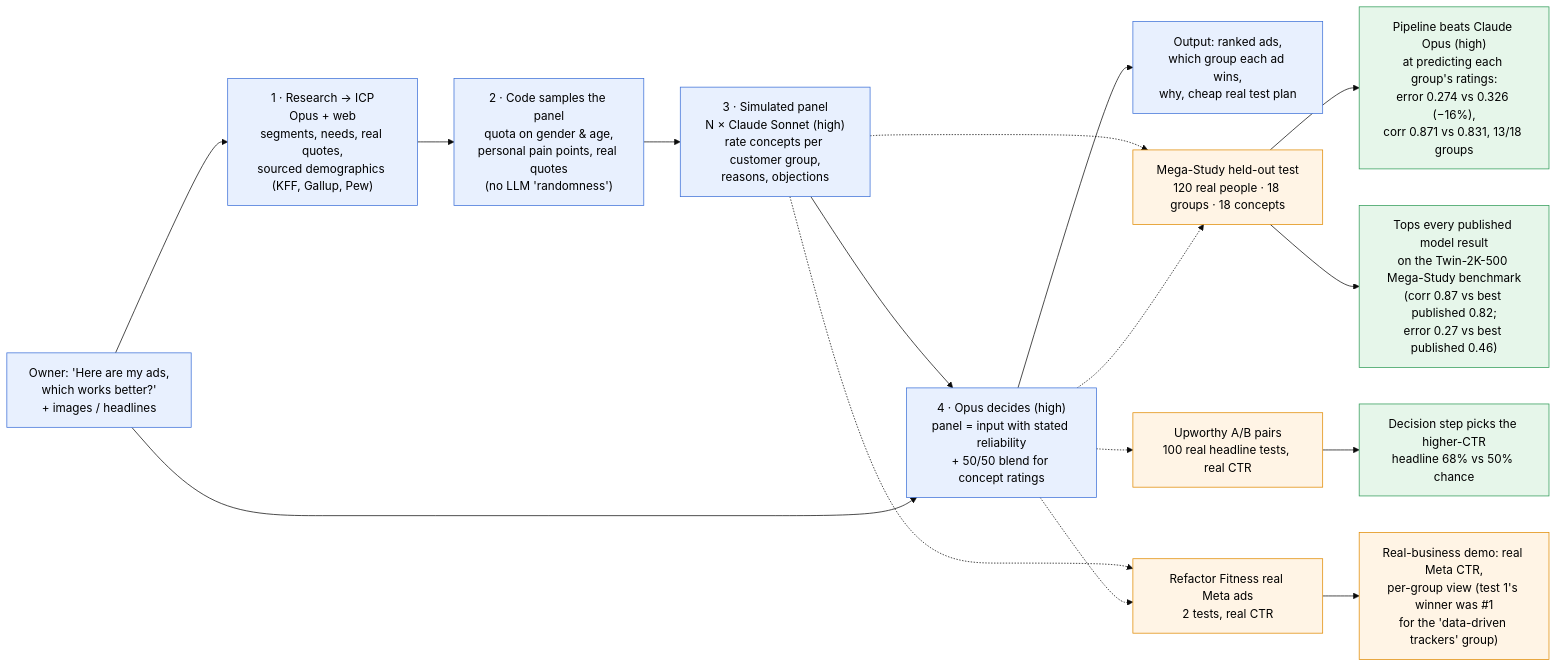
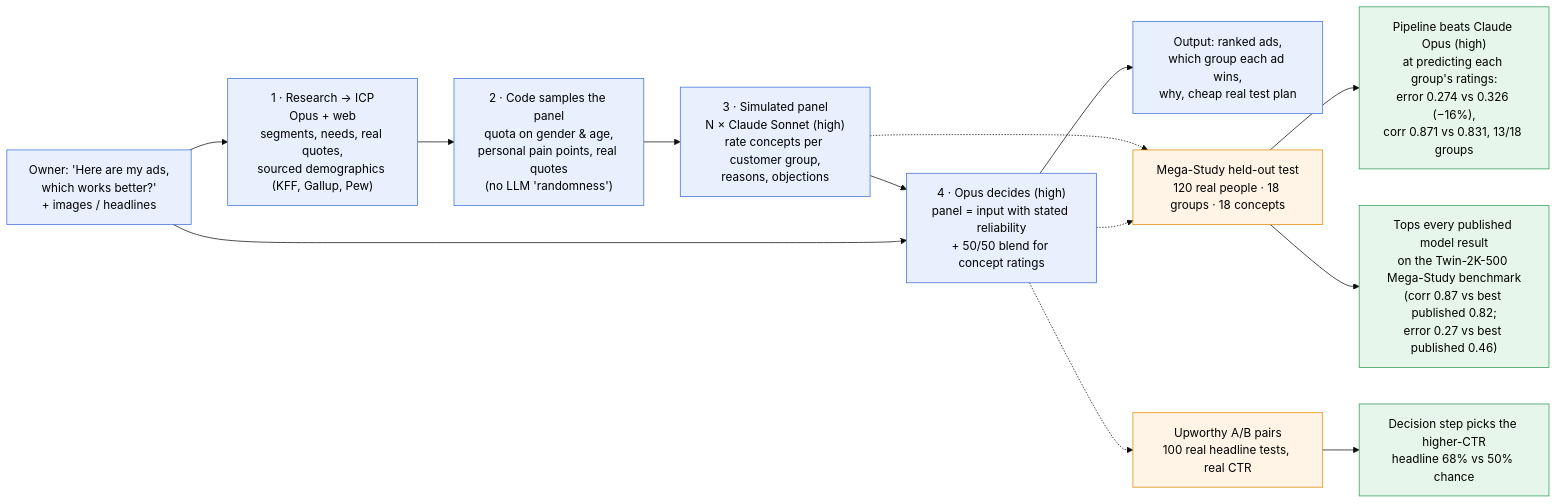
The diagram in evals/benchmarks/OVERVIEW.md (nsbogert/GTMagic), drawn with Mermaid (base theme) before and after one commit. The commit also changed other lines of this file and 1185 other files, not shown here.

````diff
--- a/evals/benchmarks/OVERVIEW.md
+++ b/evals/benchmarks/OVERVIEW.md
@@ -3,33 +3,28 @@
 ```mermaid
 flowchart LR
   classDef stage fill:#e8f0fe,stroke:#3b6fd8,color:#000
   classDef win fill:#e6f6ea,stroke:#2e9b57,color:#000
   classDef bench fill:#fff4e5,stroke:#e08a00,color:#000
 
   IN["Owner: 'Here are my ads,<br/>which works better?'<br/>+ images / headlines"]:::stage
   R["1 · Research → ICP<br/>Opus + web<br/>segments, needs, real quotes,<br/>sourced demographics (KFF, Gallup, Pew)"]:::stage
   S["2 · Code samples the panel<br/>quota on gender & age,<br/>personal pain points, real quotes<br/>(no LLM 'randomness')"]:::stage
   P["3 · Simulated panel<br/>N × Claude Sonnet (high)<br/>rate concepts per customer group,<br/>reasons, objections"]:::stage
   D["4 · Opus decides (high)<br/>panel = input with stated reliability<br/>+ 50/50 blend for concept ratings"]:::stage
   O["Output: ranked ads,<br/>which group each ad wins,<br/>why, cheap real test plan"]:::stage
   IN --> R --> S --> P --> D --> O
   IN --> D
 
   B1["Mega-Study held-out test<br/>120 real people · 18 groups · 18 concepts"]:::bench
   B2["Upworthy A/B pairs<br/>100 real headline tests, real CTR"]:::bench
-  B3["Refactor Fitness real Meta ads<br/>2 tests, real CTR"]:::bench
   P -.-> B1
   D -.-> B1
   D -.-> B2
-  P -.-> B3
-  D -.-> B3
 
   W1["Pipeline beats Claude Opus (high)<br/>at predicting each group's ratings:<br/>error 0.274 vs 0.326 (−16%),<br/>corr 0.871 vs 0.831, 13/18 groups"]:::win
   W2["Tops every published model result<br/>on the Twin-2K-500 Mega-Study benchmark<br/>(corr 0.87 vs best published 0.82;<br/>error 0.27 vs best published 0.46)"]:::win
   W3["Decision step picks the higher-CTR<br/>headline 68% vs 50% chance"]:::win
-  W4["Real-business demo: real Meta CTR,<br/>per-group view (test 1's winner was #1<br/>for the 'data-driven trackers' group)"]:::bench
   B1 --> W1
   B1 --> W2
   B2 --> W3
-  B3 --> W4
 ```
````
